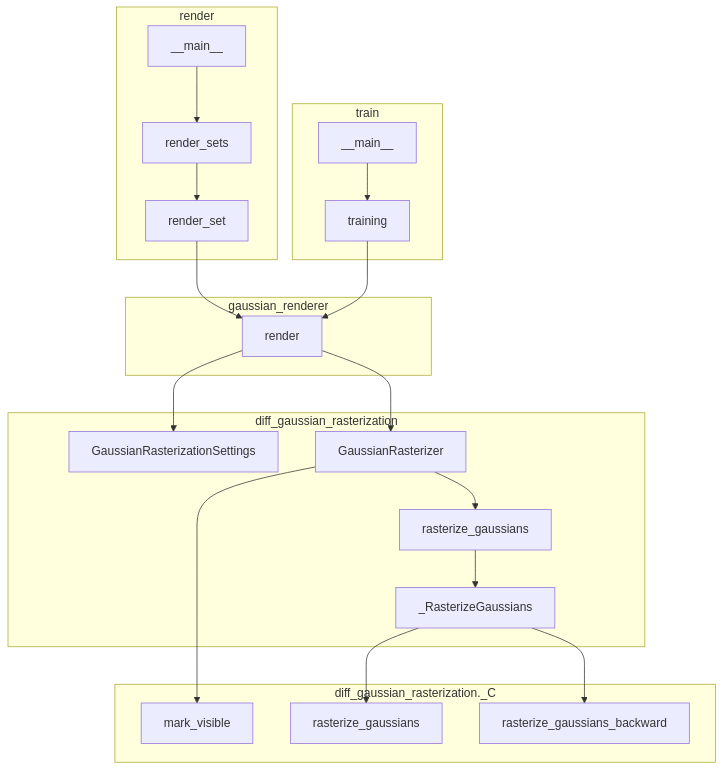
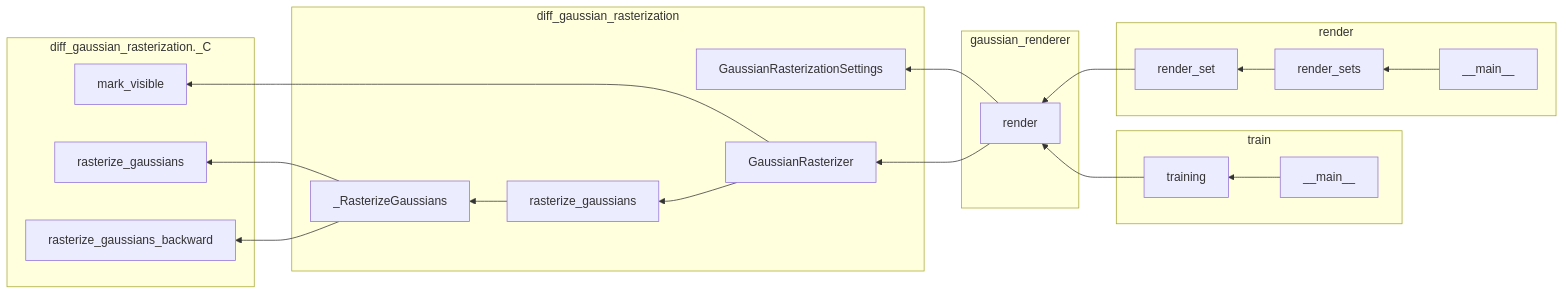
The second of 5 diagrams in docs/procedure/original-reference.orig.md (AsherJingkongChen/3DGS), drawn with Mermaid before and after one commit. The commit also changed other lines of this file and 6 other files, not shown here.

````diff
--- a/docs/procedure/original-reference.orig.md
+++ b/docs/procedure/original-reference.orig.md
@@ -68,42 +68,42 @@
 ```mermaid
-graph TD
+graph RL
   subgraph diff_gaussian_rasterization
     GaussianRasterizationSettings
     GaussianRasterizer
     _RasterizeGaussians
     rasterize_gaussians
   end
   subgraph diff_gaussian_rasterization._C
     mark_visible
     rasterize_gaussians_c[rasterize_gaussians]
     rasterize_gaussians_c_backward[rasterize_gaussians_backward]
   end
   subgraph gaussian_renderer
     render_function[render]
   end
   subgraph render
     render_set
     render_sets
     render_main[__main__]
   end
   subgraph train
     training
     train_main[__main__]
   end
 
   render_function --> GaussianRasterizer
   render_function --> GaussianRasterizationSettings
 
   render_main --> render_sets
   render_sets --> render_set
   render_set --> render_function
 
   training --> render_function
   train_main --> training
 
   _RasterizeGaussians --> rasterize_gaussians_c
   _RasterizeGaussians --> rasterize_gaussians_c_backward
   rasterize_gaussians --> _RasterizeGaussians
   GaussianRasterizer --> rasterize_gaussians
   GaussianRasterizer --> mark_visible
 ```
````
